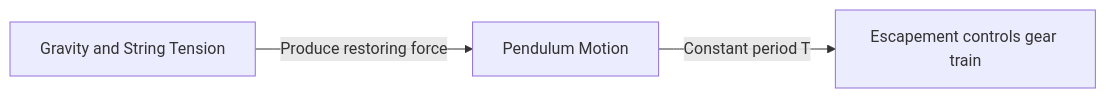
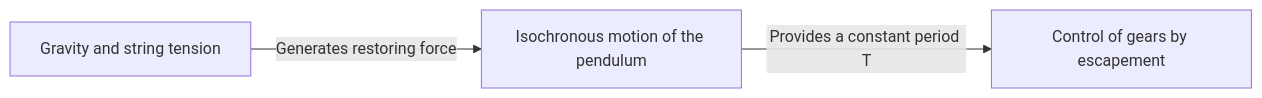
The second of 3 diagrams in content/post/history-of-timekeeping-technology/index.en.md (kenjinote/blog), drawn with Mermaid before and after one commit. The commit also changed other lines of this file and 129 other files, not shown here.

````diff
--- a/content/post/history-of-timekeeping-technology/index.en.md
+++ b/content/post/history-of-timekeeping-technology/index.en.md
@@ -36,5 +41,5 @@
 ```mermaid
 graph LR
-    A["Gravity and String Tension"] -- "Produce restoring force" --> B["Pendulum Motion"]
-    B -- "Constant period T" --> C["Escapement controls gear train"]
+    A["Gravity and string tension"] -- "Generates restoring force" --> B["Isochronous motion of the pendulum"]
+    B -- "Provides a constant period T" --> C["Control of gears by escapement"]
 ```
````
